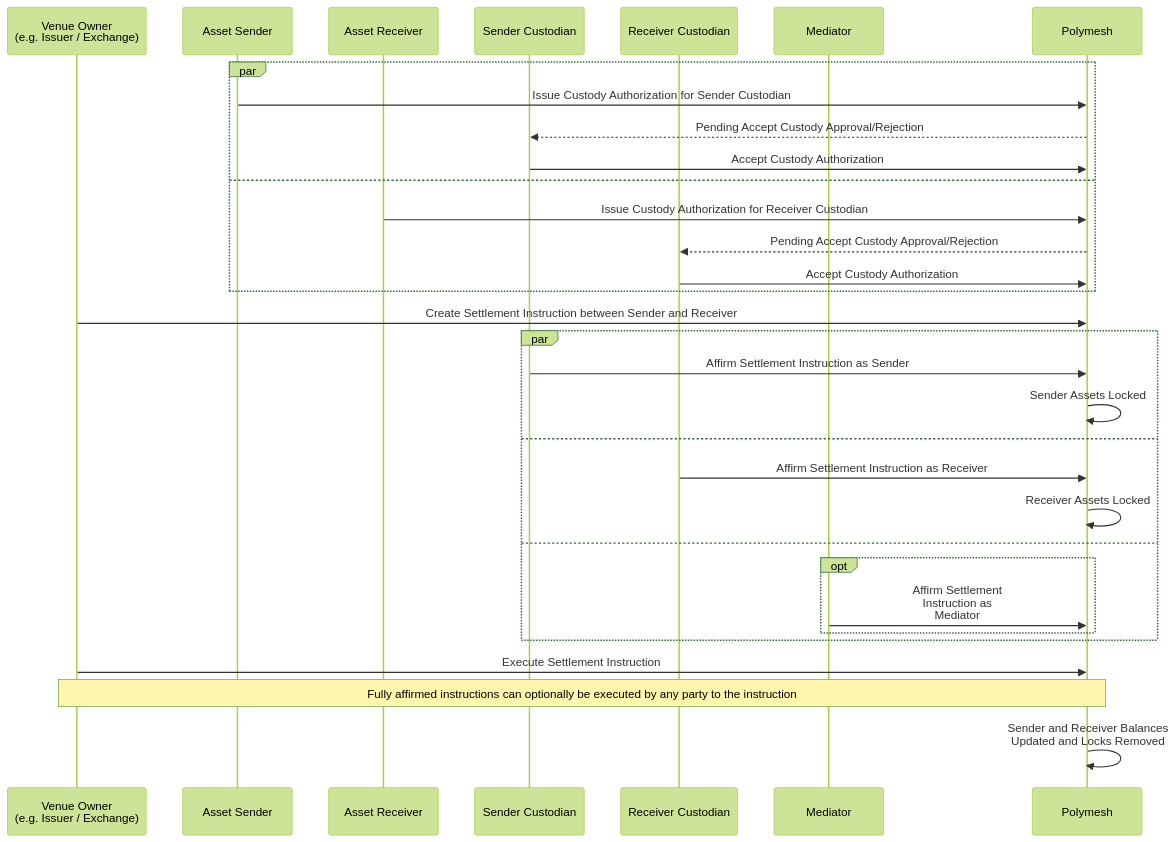
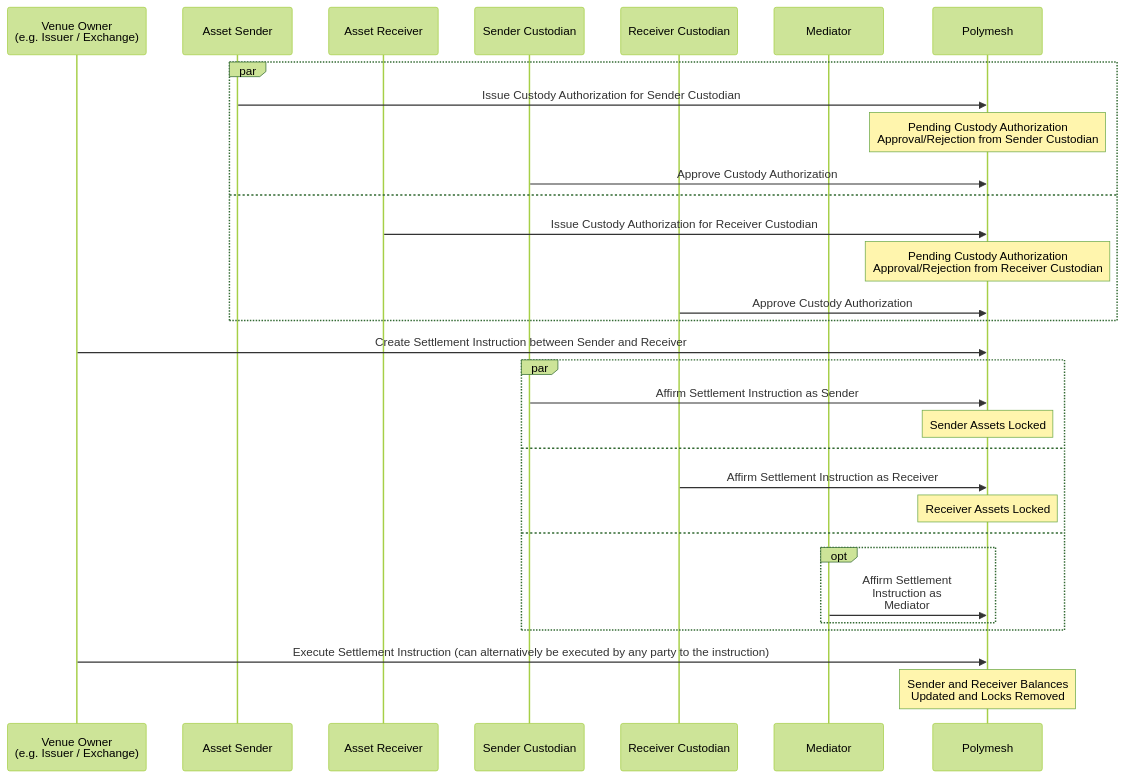
The fifth of 6 diagrams in polymesh-docs/primitives/settlement/settlement-diagrams.mdx (PolymeshAssociation/polymesh-documentation-site), drawn with Mermaid (forest theme) before and after one commit. The commit also changed other lines of this file and 2 other files, not shown here.

First line of the commit message:
Improve Settlement Diagrams

````diff
--- a/polymesh-docs/primitives/settlement/settlement-diagrams.mdx
+++ b/polymesh-docs/primitives/settlement/settlement-diagrams.mdx
@@ -103,38 +131,38 @@
 ```mermaid
 sequenceDiagram
 participant I as Venue Owner<br>(e.g. Issuer / Exchange)
 participant S as Asset Sender
 participant R as Asset Receiver
 participant SC as Sender Custodian
 participant RC as Receiver Custodian
 participant M as Mediator
 participant P as Polymesh
 
 par
   S ->> P: Issue Custody Authorization for Sender Custodian
-  P -->> SC: Pending Accept Custody Approval/Rejection
-  SC ->> P: Accept Custody Authorization
+  Note over P: Pending Custody Authorization<br>Approval/Rejection from Sender Custodian
+  SC ->> P: Approve Custody Authorization
 and
   R ->> P: Issue Custody Authorization for Receiver Custodian
-  P -->> RC: Pending Accept Custody Approval/Rejection
-  RC ->> P: Accept Custody Authorization
+  Note over P: Pending Custody Authorization<br>Approval/Rejection from Receiver Custodian
+  RC ->> P: Approve Custody Authorization
 end
 
 I ->> P: Create Settlement Instruction between Sender and Receiver
 
 par
   SC ->> P: Affirm Settlement Instruction as Sender
-  P ->> P: Sender Assets Locked
+  Note over P: Sender Assets Locked
 and
   RC ->> P: Affirm Settlement Instruction as Receiver
-  P ->> P: Receiver Assets Locked
+  Note over P: Receiver Assets Locked
 and
   opt
     M ->> P: Affirm Settlement<br>Instruction as<br>Mediator
   end
 end
 
-I ->> P: Execute Settlement Instruction
-Note over I,P: Fully affirmed instructions can optionally be executed by any party to the instruction
-P ->> P: Sender and Receiver Balances<br>Updated and Locks Removed
+I ->> P: Execute Settlement Instruction (can alternatively be executed by any party to the instruction)
+Note over P: Sender and Receiver Balances<br>Updated and Locks Removed
+
 ```
````
